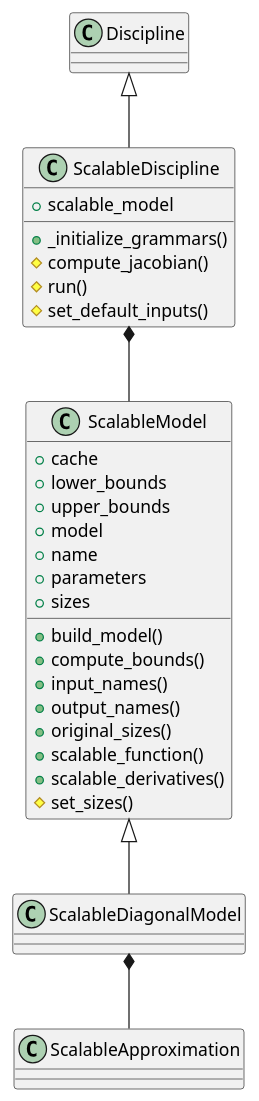
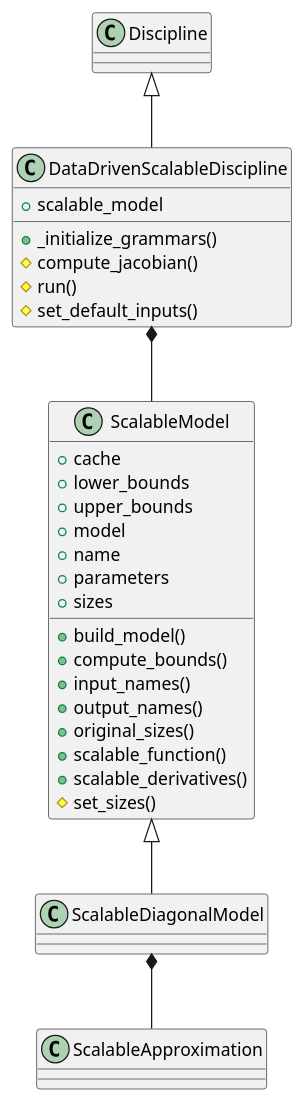
The diagram in doc_src/scalable_models/index.rst (gemseo/gemseo), drawn with PlantUML before and after one commit. The commit also changed 13 other files, not shown here.

Commit message:
feat: rename ScalableDiscipline into DataDrivenDiscipline

```diff
--- a/doc_src/scalable_models/index.rst
+++ b/doc_src/scalable_models/index.rst
@@ -36,32 +36,32 @@
 .. uml::
 
-   Discipline <|-- ScalableDiscipline
-   ScalableDiscipline *-- ScalableModel
+   Discipline <|-- DataDrivenScalableDiscipline
+   DataDrivenScalableDiscipline *-- ScalableModel
    ScalableModel <|-- ScalableDiagonalModel
    ScalableDiagonalModel *-- ScalableApproximation
 
-   class ScalableDiscipline {
+   class DataDrivenScalableDiscipline {
     +scalable_model
     +_initialize_grammars()
 	#compute_jacobian()
 	#run()
 	#set_default_inputs()
    }
 
    class ScalableModel {
     +cache
     +lower_bounds
     +upper_bounds
     +model
     +name
     +parameters
     +sizes
     +build_model()
     +compute_bounds()
     +input_names()
     +output_names()
     +original_sizes()
     +scalable_function()
     +scalable_derivatives()
     #set_sizes()
    }
```
